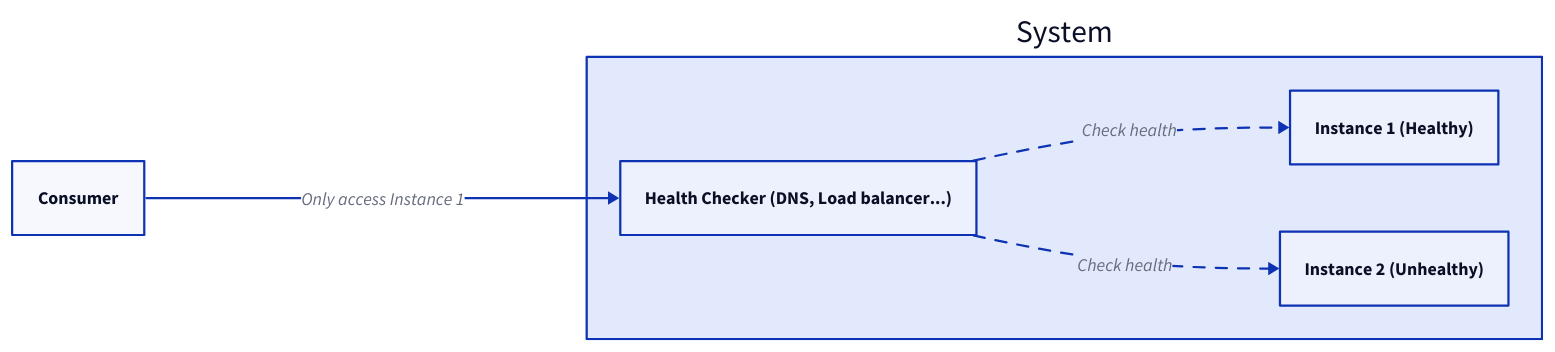
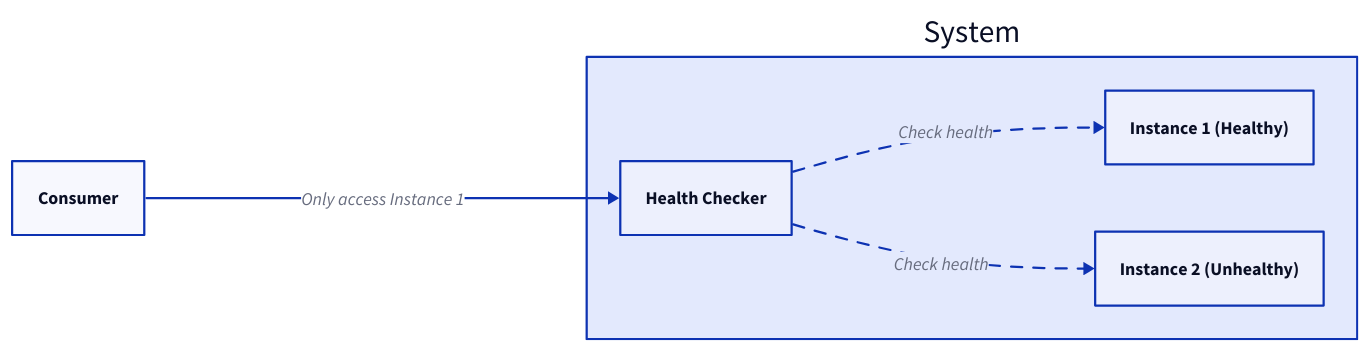
The fourth of 16 diagrams in content/docs/web-service/service-cluster.md (link1905/system-design-101), drawn with D2 before and after one commit. The commit also changed other lines of this file and 10 other files, not shown here.

````diff
--- a/content/docs/web-service/service-cluster.md
+++ b/content/docs/web-service/service-cluster.md
@@ -99,27 +103,25 @@
 ```d2
 direction: right
 s: System {
   s1: Instance 1 (Healthy) {
     class: server
   }
   s2: Instance 2 (Unhealthy) {
     class: generic-error
   }
-  c: Health Checker (DNS, Load balancer...) {
+  c: Health Checker {
     class: checker
   }
   c -> s1: Check health {
    style.animated: true
   }
   c -> s2: Check health {
     class: error-conn
    style.animated: true
   }
 }
 client: Consumer {
   class: client
 }
-client -> s.c: Only access Instance 1 {
-    class: bold-text
-}
+client -> s.c: Only access Instance 1
 ```
````
